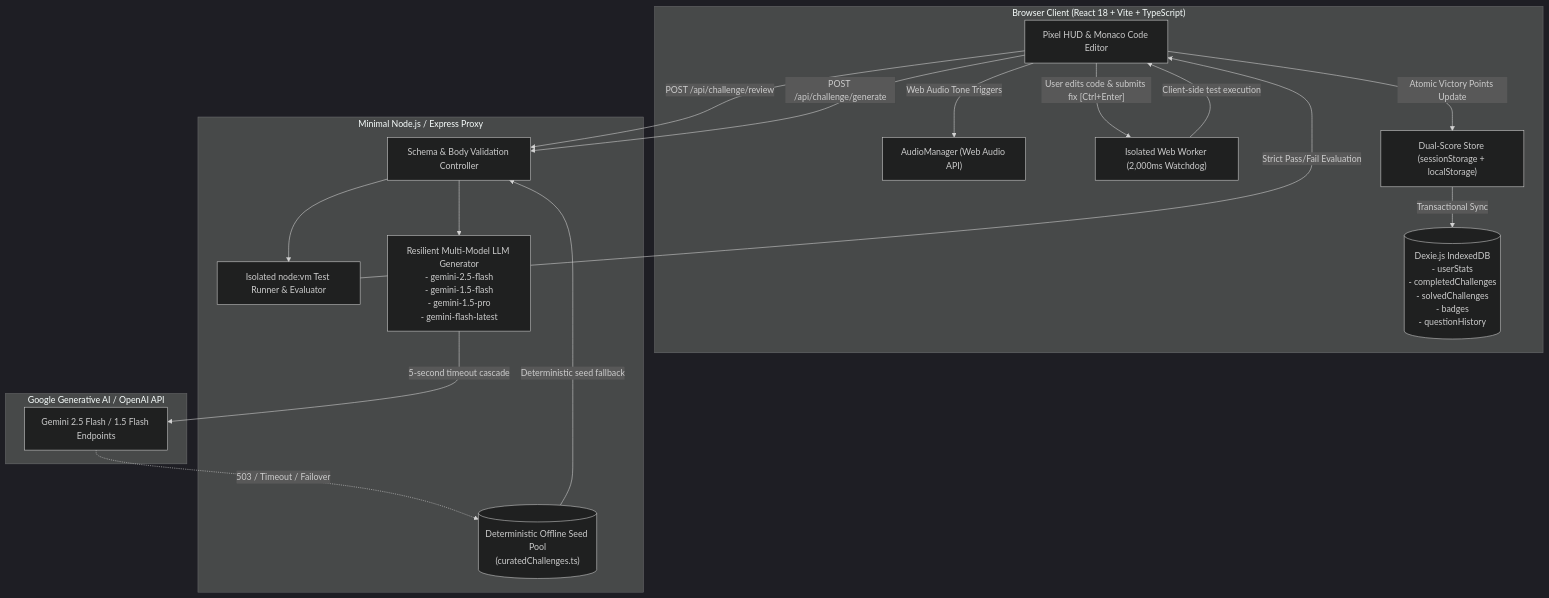
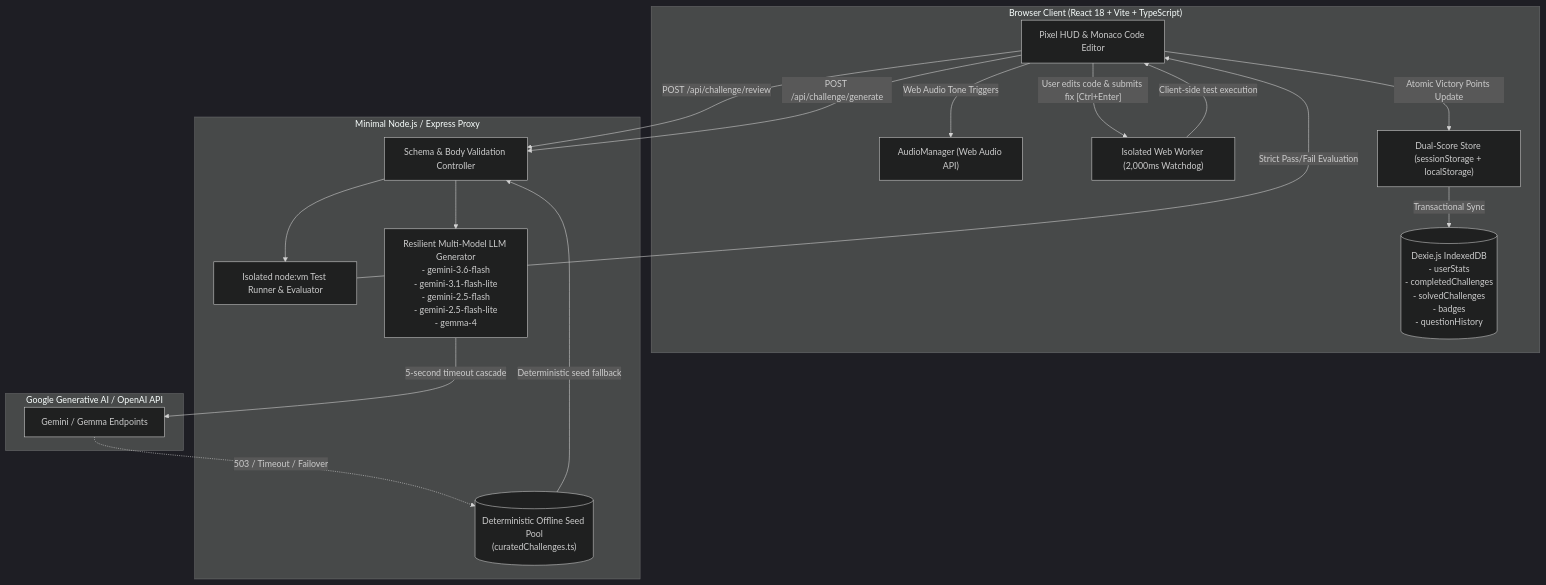
Before and after one commit to rishita7558/BugBounty: the diagram in README.md, drawn with Mermaid (dark theme). The commit also changed other lines of this file and 3 other files, not shown here.

Commit message:
Update Gemini model cascade

````diff
--- a/README.md
+++ b/README.md
@@ -20,37 +20,37 @@
 ```mermaid
 flowchart TD
     subgraph Client["Browser Client (React 18 + Vite + TypeScript)"]
         UI["Pixel HUD & Monaco Code Editor"]
         Audio["AudioManager (Web Audio API)"]
         Worker["Isolated Web Worker (2,000ms Watchdog)"]
         ScoreStore["Dual-Score Store (sessionStorage + localStorage)"]
         DexieDB[("Dexie.js IndexedDB\n- userStats\n- completedChallenges\n- solvedChallenges\n- badges\n- questionHistory")]
     end
 
     subgraph Server["Minimal Node.js / Express Proxy"]
         ValController["Schema & Body Validation Controller"]
         VMJudge["Isolated node:vm Test Runner & Evaluator"]
-        LLMGen["Resilient Multi-Model LLM Generator\n- gemini-2.5-flash\n- gemini-1.5-flash\n- gemini-1.5-pro\n- gemini-flash-latest"]
+        LLMGen["Resilient Multi-Model LLM Generator\n- gemini-3.6-flash\n- gemini-3.1-flash-lite\n- gemini-2.5-flash\n- gemini-2.5-flash-lite\n- gemma-4"]
         CuratedCatalog[("Deterministic Offline Seed Pool\n(curatedChallenges.ts)")]
     end
 
     subgraph CloudAI["Google Generative AI / OpenAI API"]
-        GeminiAPI["Gemini 2.5 Flash / 1.5 Flash Endpoints"]
+        GeminiAPI["Gemini / Gemma Endpoints"]
     end
 
     UI -->|"User edits code & submits fix [Ctrl+Enter]"| Worker
     Worker -->|"Client-side test execution"| UI
     UI -->|"POST /api/challenge/review"| ValController
     ValController --> VMJudge
     VMJudge -->|"Strict Pass/Fail Evaluation"| UI
 
     UI -->|"POST /api/challenge/generate"| ValController
     ValController --> LLMGen
     LLMGen -->|"5-second timeout cascade"| GeminiAPI
     GeminiAPI -.->|"503 / Timeout / Failover"| CuratedCatalog
     CuratedCatalog -->|"Deterministic seed fallback"| ValController
 
     UI -->|"Atomic Victory Points Update"| ScoreStore
     ScoreStore -->|"Transactional Sync"| DexieDB
     UI -->|"Web Audio Tone Triggers"| Audio
 ```
````
